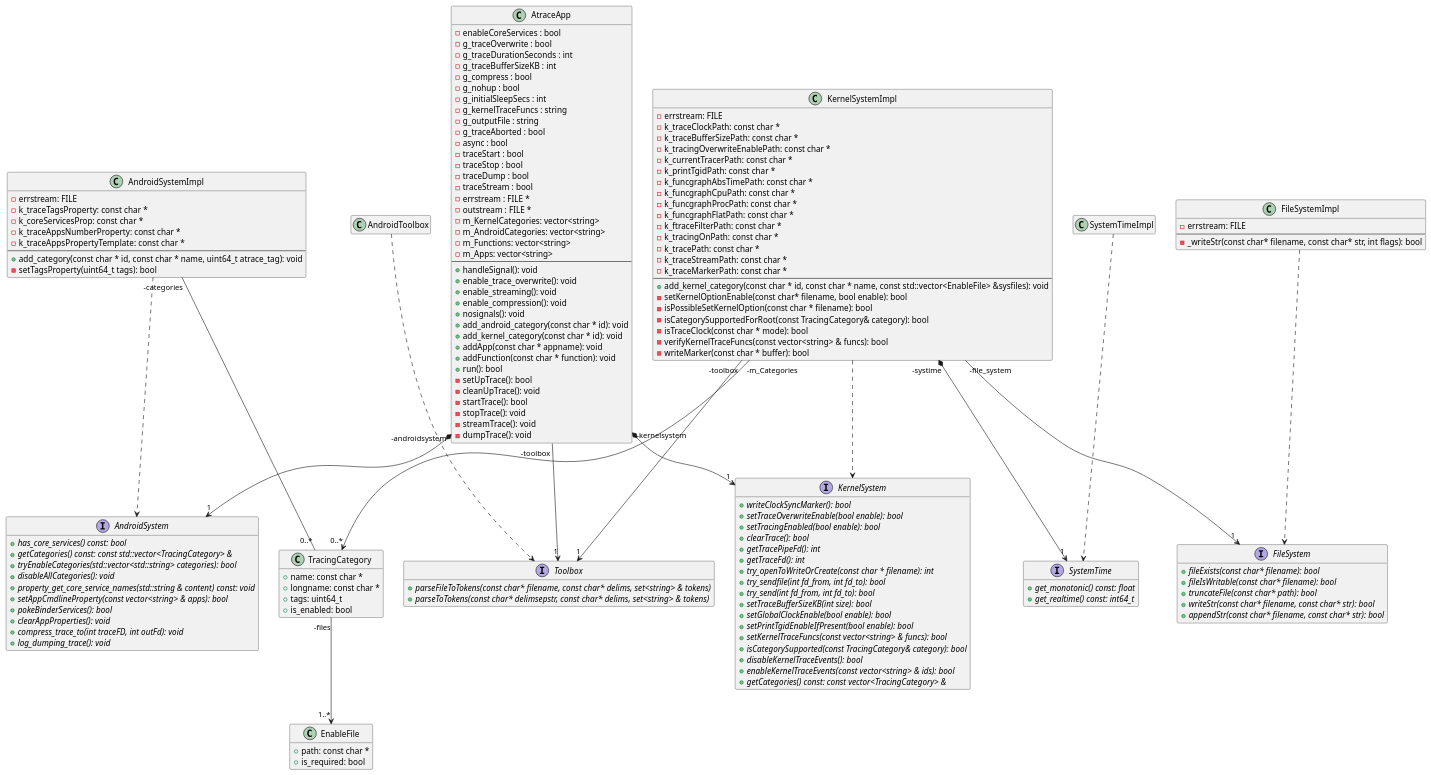
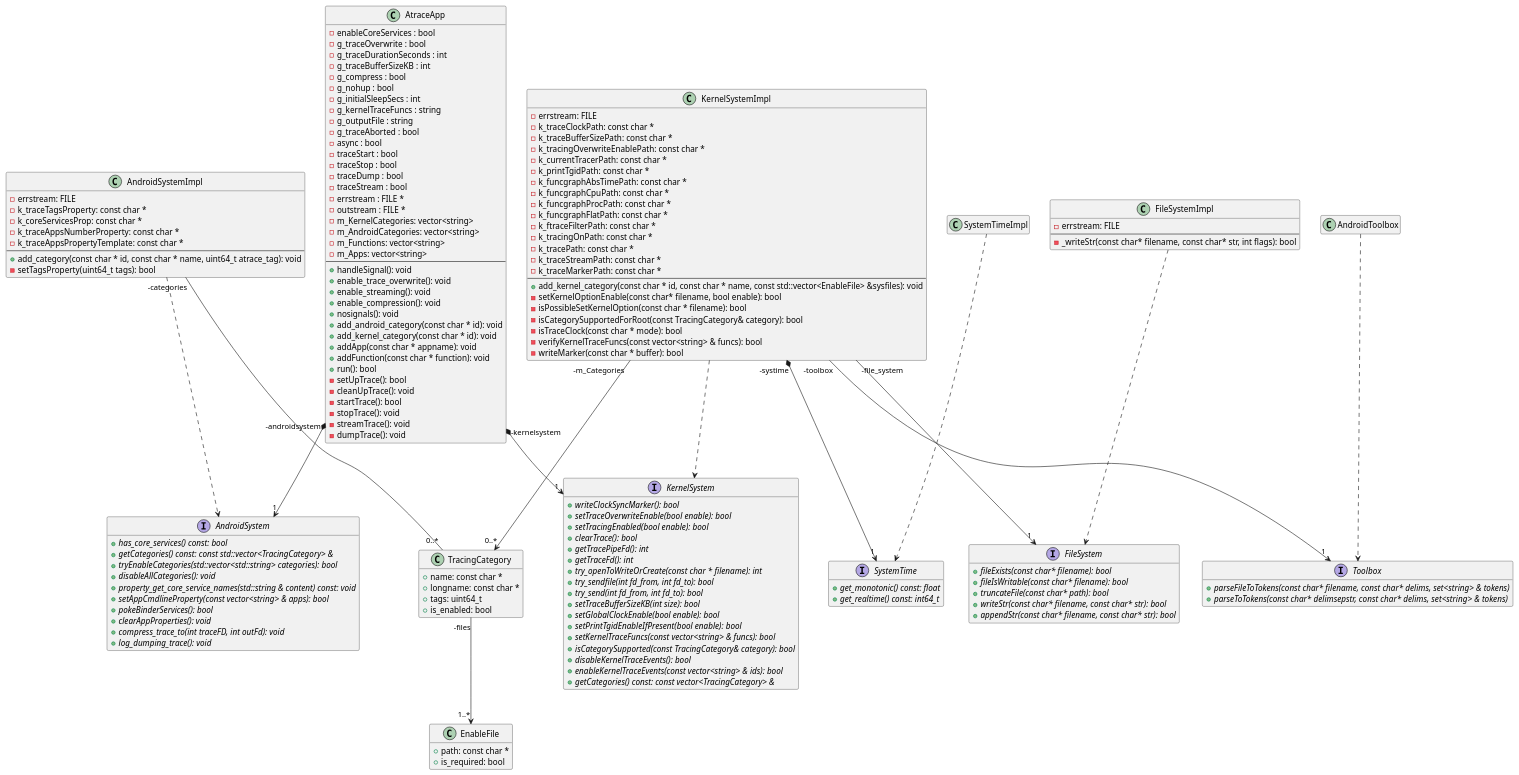
Before and after one commit to littlewhywhat/extrace: the diagram in docs/design/class_atrace.puml, drawn with PlantUML. The commit also changed 3 other files, not shown here.

Commit message:
Remove unused toolbox from AtraceApp

```diff
--- a/docs/design/class_atrace.puml
+++ b/docs/design/class_atrace.puml
@@ -1,189 +1,188 @@
 @startuml
 
 class AtraceApp {
   - enableCoreServices : bool
   - g_traceOverwrite : bool
   - g_traceDurationSeconds : int
   - g_traceBufferSizeKB : int
   - g_compress : bool
   - g_nohup : bool
   - g_initialSleepSecs : int
   - g_kernelTraceFuncs : string
   - g_outputFile : string
   - g_traceAborted : bool
   - async : bool
   - traceStart : bool
   - traceStop : bool
   - traceDump : bool
   - traceStream : bool
   - errstream : FILE *
   - outstream : FILE *
   - m_KernelCategories: vector<string>
   - m_AndroidCategories: vector<string>
   - m_Functions: vector<string>
   - m_Apps: vector<string>
   --
   + handleSignal(): void
   + enable_trace_overwrite(): void
   + enable_streaming(): void
   + enable_compression(): void
   + nosignals(): void
   + add_android_category(const char * id): void
   + add_kernel_category(const char * id): void
   + addApp(const char * appname): void
   + addFunction(const char * function): void
   + run(): bool
   - setUpTrace(): bool 
   - cleanUpTrace(): void 
   - startTrace(): bool 
   - stopTrace(): void 
   - streamTrace(): void 
   - dumpTrace(): void 
 }
 
 AtraceApp "-androidsystem" *-->"1" AndroidSystem
 AtraceApp "-kernelsystem" *-->"1" KernelSystem
-AtraceApp "-toolbox " -->"1" Toolbox
 
 interface KernelSystem {
 
   + {abstract} writeClockSyncMarker(): bool 
   + {abstract} setTraceOverwriteEnable(bool enable): bool
   + {abstract} setTracingEnabled(bool enable): bool
   + {abstract} clearTrace(): bool
   + {abstract} getTracePipeFd(): int
   + {abstract} getTraceFd(): int
   + {abstract} try_openToWriteOrCreate(const char * filename): int
   + {abstract} try_sendfile(int fd_from, int fd_to): bool
   + {abstract} try_send(int fd_from, int fd_to): bool
   + {abstract} setTraceBufferSizeKB(int size): bool
   + {abstract} setGlobalClockEnable(bool enable): bool
   + {abstract} setPrintTgidEnableIfPresent(bool enable): bool
   + {abstract} setKernelTraceFuncs(const vector<string> & funcs): bool
   + {abstract} isCategorySupported(const TracingCategory& category): bool 
   + {abstract} disableKernelTraceEvents(): bool 
   + {abstract} enableKernelTraceEvents(const vector<string> & ids): bool
   + {abstract} getCategories() const: const vector<TracingCategory> &
 }
 hide KernelSystem fields
 
 interface AndroidSystem {
   + {abstract} has_core_services() const: bool
   + {abstract} getCategories() const: const std::vector<TracingCategory> &
   + {abstract} tryEnableCategories(std::vector<std::string> categories): bool
   + {abstract} disableAllCategories(): void
   + {abstract} property_get_core_service_names(std::string & content) const: void
   + {abstract} setAppCmdlineProperty(const vector<string> & apps): bool
   + {abstract} pokeBinderServices(): bool
   + {abstract} clearAppProperties(): void
   + {abstract} compress_trace_to(int traceFD, int outFd): void
   + {abstract} log_dumping_trace(): void
 }
 hide AndroidSystem fields
 
 interface SystemTime {
   + {abstract} get_monotonic() const: float
   + {abstract} get_realtime() const: int64_t
 }
 hide SystemTime fields
 
 class TracingCategory {
   + name: const char *
   + longname: const char *
   + tags: uint64_t
   + is_enabled: bool
 }
 hide TracingCategory methods
 
 TracingCategory "-files" --> "1..*" EnableFile
 
 class EnableFile {
   + path: const char *
   + is_required: bool
 }
 hide EnableFile methods
 
 class KernelSystemImpl {
   - errstream: FILE
   - k_traceClockPath: const char *
   - k_traceBufferSizePath: const char *
   - k_tracingOverwriteEnablePath: const char *
   - k_currentTracerPath: const char *
   - k_printTgidPath: const char *
   - k_funcgraphAbsTimePath: const char *
   - k_funcgraphCpuPath: const char *
   - k_funcgraphProcPath: const char *
   - k_funcgraphFlatPath: const char *
   - k_ftraceFilterPath: const char *
   - k_tracingOnPath: const char *
   - k_tracePath: const char *
   - k_traceStreamPath: const char *
   - k_traceMarkerPath: const char *
   --
   + add_kernel_category(const char * id, const char * name, const std::vector<EnableFile> &sysfiles): void
   - setKernelOptionEnable(const char* filename, bool enable): bool
   - isPossibleSetKernelOption(const char * filename): bool
   - isCategorySupportedForRoot(const TracingCategory& category): bool
   - isTraceClock(const char * mode): bool
   - verifyKernelTraceFuncs(const vector<string> & funcs): bool
   - writeMarker(const char * buffer): bool
 }
 
 KernelSystemImpl ..> KernelSystem
 KernelSystemImpl "-file_system" --> "1" FileSystem
 KernelSystemImpl "-toolbox" --> "1" Toolbox
 KernelSystemImpl "-systime" *-->"1" SystemTime
 KernelSystemImpl "-m_Categories " -->"0..*" TracingCategory
 
 interface FileSystem {
   + {abstract} fileExists(const char* filename): bool
   + {abstract} fileIsWritable(const char* filename): bool
   + {abstract} truncateFile(const char* path): bool
   + {abstract} writeStr(const char* filename, const char* str): bool
   + {abstract} appendStr(const char* filename, const char* str): bool
 }
 hide FileSystem fields
 
 class FileSystemImpl {
   - errstream: FILE
   --
   - _writeStr(const char* filename, const char* str, int flags): bool
 }
 
 FileSystemImpl ..> FileSystem
 
 class AndroidSystemImpl {
   - errstream: FILE
   - k_traceTagsProperty: const char *
   - k_coreServicesProp: const char *
   - k_traceAppsNumberProperty: const char *
   - k_traceAppsPropertyTemplate: const char *
   --
   + add_category(const char * id, const char * name, uint64_t atrace_tag): void
   - setTagsProperty(uint64_t tags): bool
 }
 
 AndroidSystemImpl ..> AndroidSystem
 AndroidSystemImpl "-categories" -- "0..*" TracingCategory
 
 class SystemTimeImpl {
 }
 hide SystemTimeImpl methods
 hide SystemTimeImpl fields
 
 SystemTimeImpl ..> SystemTime
 
 interface Toolbox {
   + {abstract} parseFileToTokens(const char* filename, const char* delims, set<string> & tokens)
   + {abstract} parseToTokens(const char* delimsepstr, const char* delims, set<string> & tokens)
 }
 hide Toolbox fields
 
 class AndroidToolbox {
 }
 hide AndroidToolbox fields
 hide AndroidToolbox methods
 
 AndroidToolbox ..> Toolbox
 
 @enduml
```
